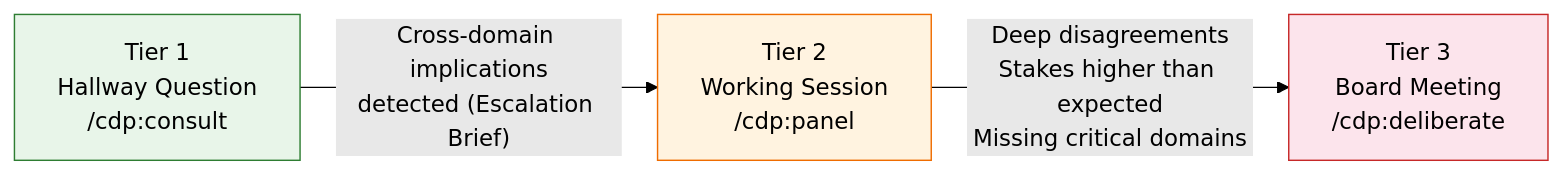
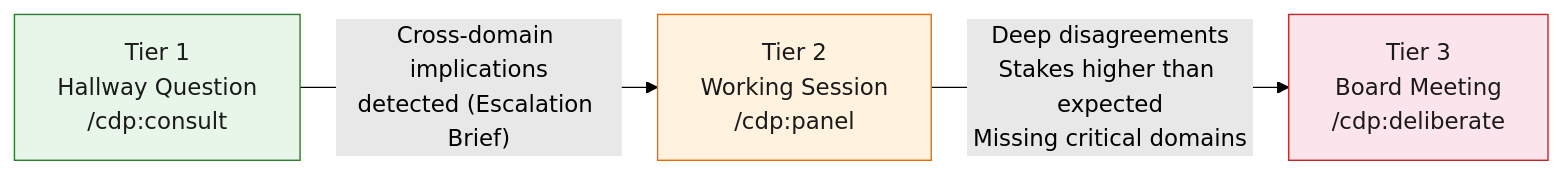
One commit to apatheticus/corporate-decision-panel changed the second of 6 diagrams in README.md. Above: the diagram before and after it, drawn with Mermaid (forest theme). The commit also changed other lines of this file, not shown here.

First line of the commit message:
docs: Improve Mermaid diagram text readability in README

````diff
--- a/README.md
+++ b/README.md
@@ -241,13 +241,13 @@
 ```mermaid
 flowchart LR
     T1["Tier 1\nHallway Question\n/cdp:consult"]
     T2["Tier 2\nWorking Session\n/cdp:panel"]
     T3["Tier 3\nBoard Meeting\n/cdp:deliberate"]
 
     T1 -->|"Cross-domain implications\ndetected (Escalation Brief)"| T2
     T2 -->|"Deep disagreements\nStakes higher than expected\nMissing critical domains"| T3
 
-    style T1 fill:#e8f5e9,stroke:#2e7d32
-    style T2 fill:#fff3e0,stroke:#ef6c00
-    style T3 fill:#fce4ec,stroke:#c62828
+    style T1 fill:#e8f5e9,stroke:#2e7d32,color:#1a1a1a
+    style T2 fill:#fff3e0,stroke:#ef6c00,color:#1a1a1a
+    style T3 fill:#fce4ec,stroke:#c62828,color:#1a1a1a
 ```
````
